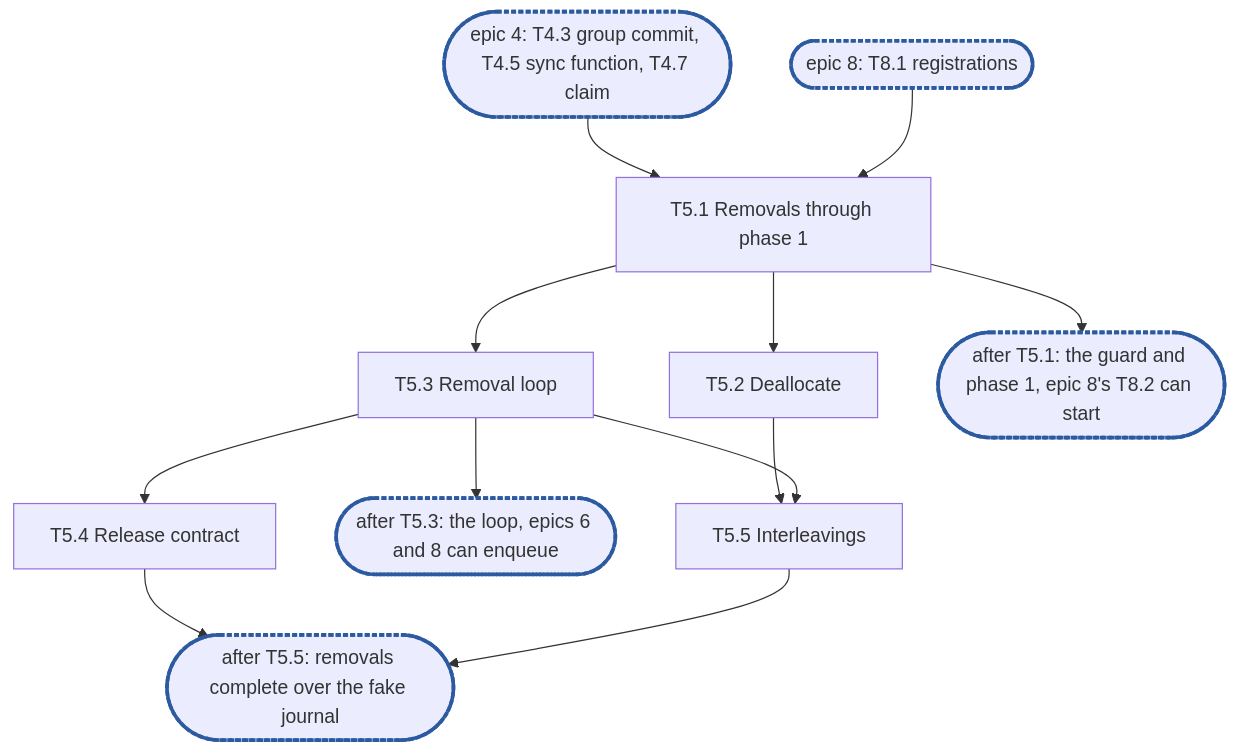
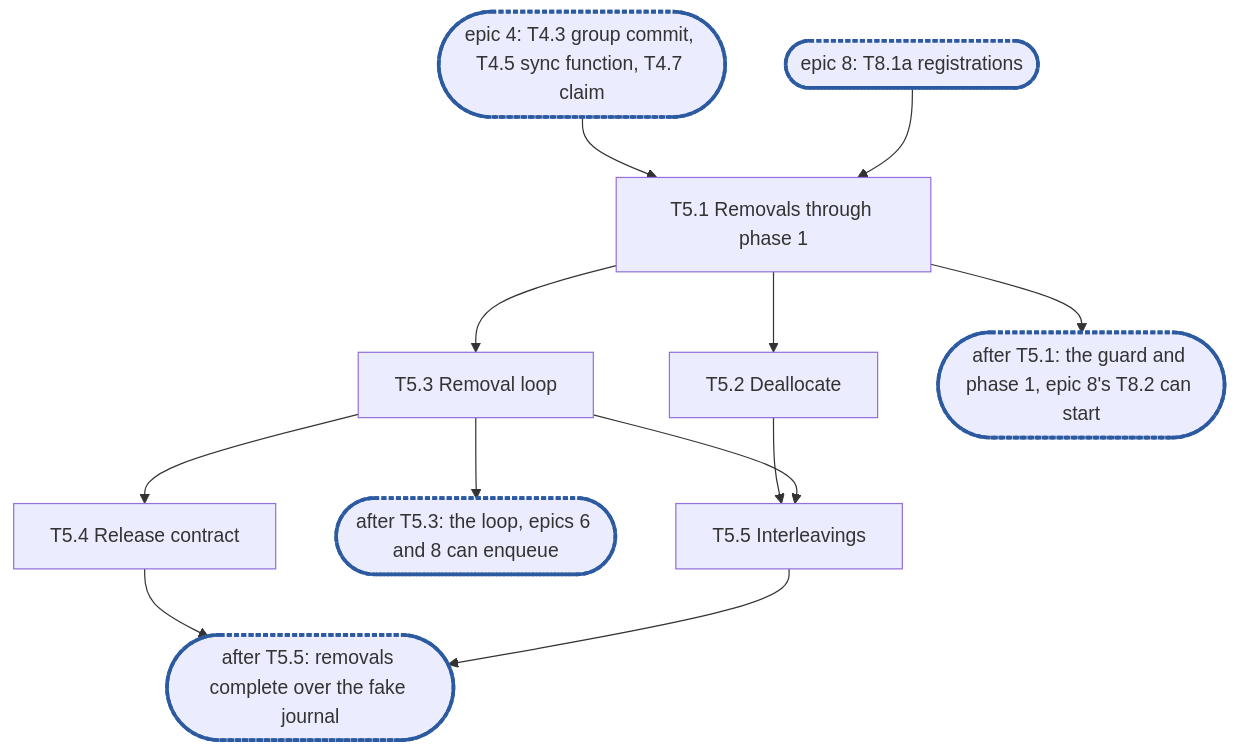
The diagram in docs/internals/planning/rfc-8-engine-epic5.md (marmos91/dittofs), drawn with Mermaid before and after one commit. The commit also changed other lines of this file and 3 other files, not shown here.

````diff
--- a/docs/internals/planning/rfc-8-engine-epic5.md
+++ b/docs/internals/planning/rfc-8-engine-epic5.md
@@ -495,13 +500,13 @@
 ```mermaid
 flowchart TD
   E4(["epic 4: T4.3 group commit, T4.5 sync function, T4.7 claim"]):::sync --> T5_1["T5.1 Removals through phase 1"]
-  E8(["epic 8: T8.1 registrations"]):::sync --> T5_1
+  E8(["epic 8: T8.1a registrations"]):::sync --> T5_1
   T5_1 --> T5_2["T5.2 Deallocate"]
   T5_1 --> T5_3["T5.3 Removal loop"]
   T5_1 --> C1(["after T5.1: the guard and phase 1, epic 8's T8.2 can start"]):::sync
   T5_3 --> T5_4["T5.4 Release contract"]
   T5_3 --> C2(["after T5.3: the loop, epics 6 and 8 can enqueue"]):::sync
   T5_2 & T5_3 --> T5_5["T5.5 Interleavings"]
   T5_4 & T5_5 --> C3(["after T5.5: removals complete over the fake journal"]):::sync
   classDef sync stroke:#2c5aa0,stroke-width:3px,stroke-dasharray:4 2
 ```
````
